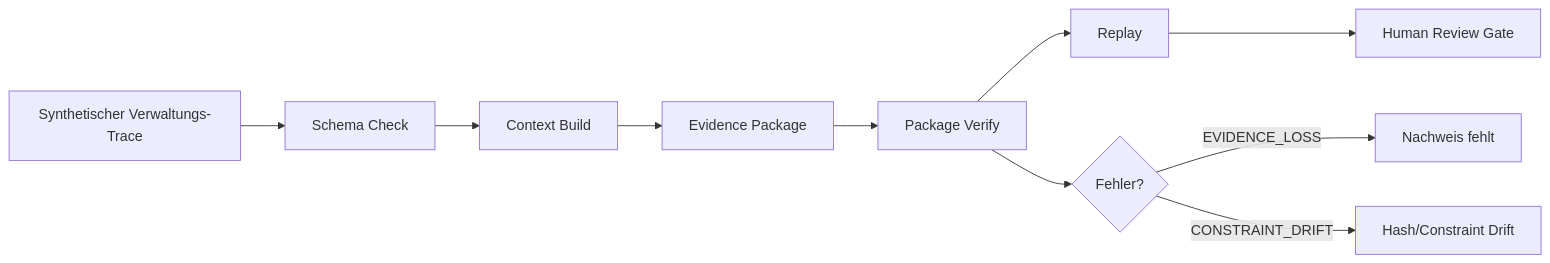
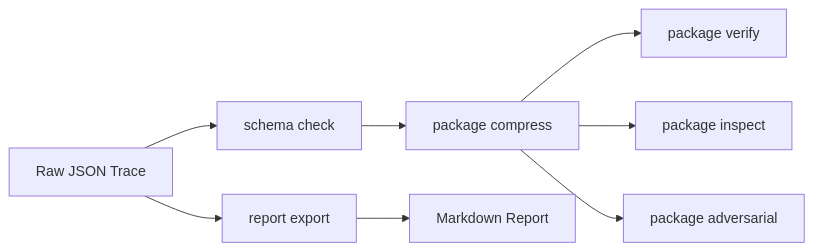
The diagram in README.md (ProfRandom92/Antigravity-Comptextv7), drawn with Mermaid before and after one commit. The commit also changed other lines of this file, not shown here.

````diff
--- a/README.md
+++ b/README.md
@@ -22,13 +22,10 @@
 ```mermaid
 flowchart LR
-    A[Synthetischer Verwaltungs-Trace] --> B[Schema Check]
-    B --> C[Context Build]
-    C --> D[Evidence Package]
-    D --> E[Package Verify]
-    E --> F[Replay]
-    F --> G[Human Review Gate]
-
-    E --> H{Fehler?}
-    H -->|EVIDENCE_LOSS| I[Nachweis fehlt]
-    H -->|CONSTRAINT_DRIFT| J[Hash/Constraint Drift]
+    A["Raw JSON Trace"] --> B["schema check"]
+    B --> C["package compress"]
+    C --> D["package verify"]
+    C --> E["package inspect"]
+    C --> F["package adversarial"]
+    A --> G["report export"]
+    G --> H["Markdown Report"]
 ```
````
